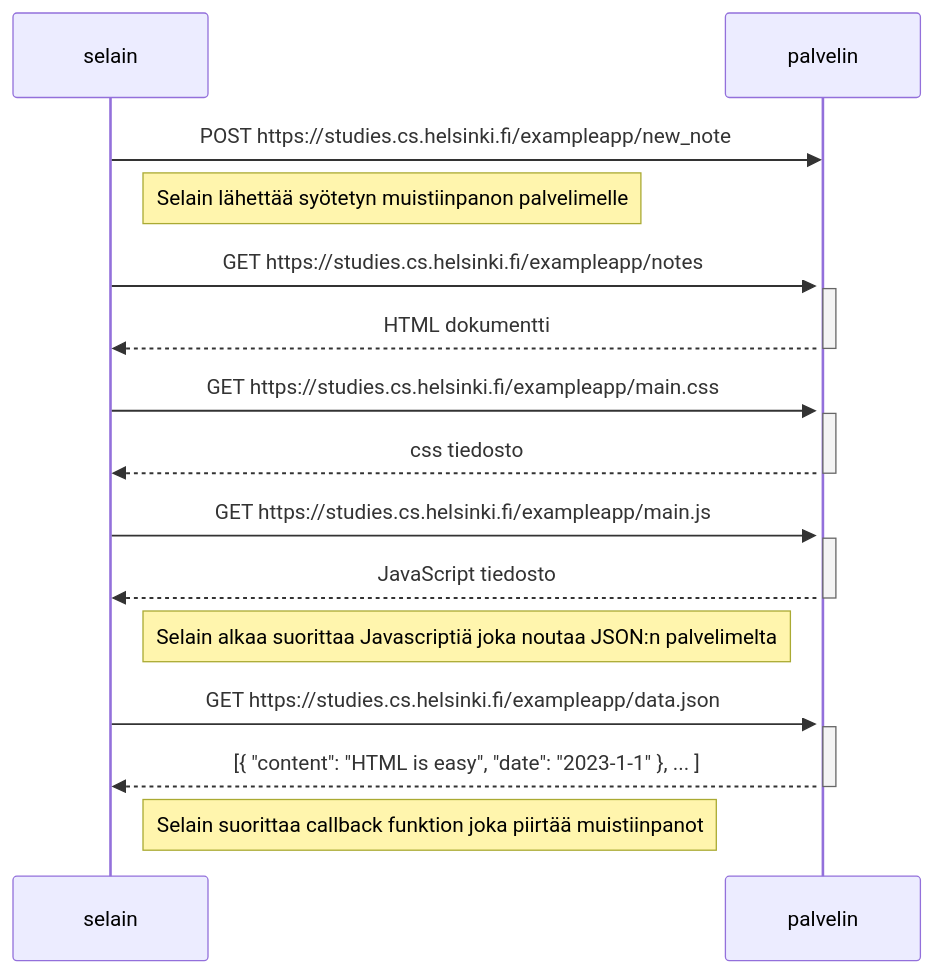
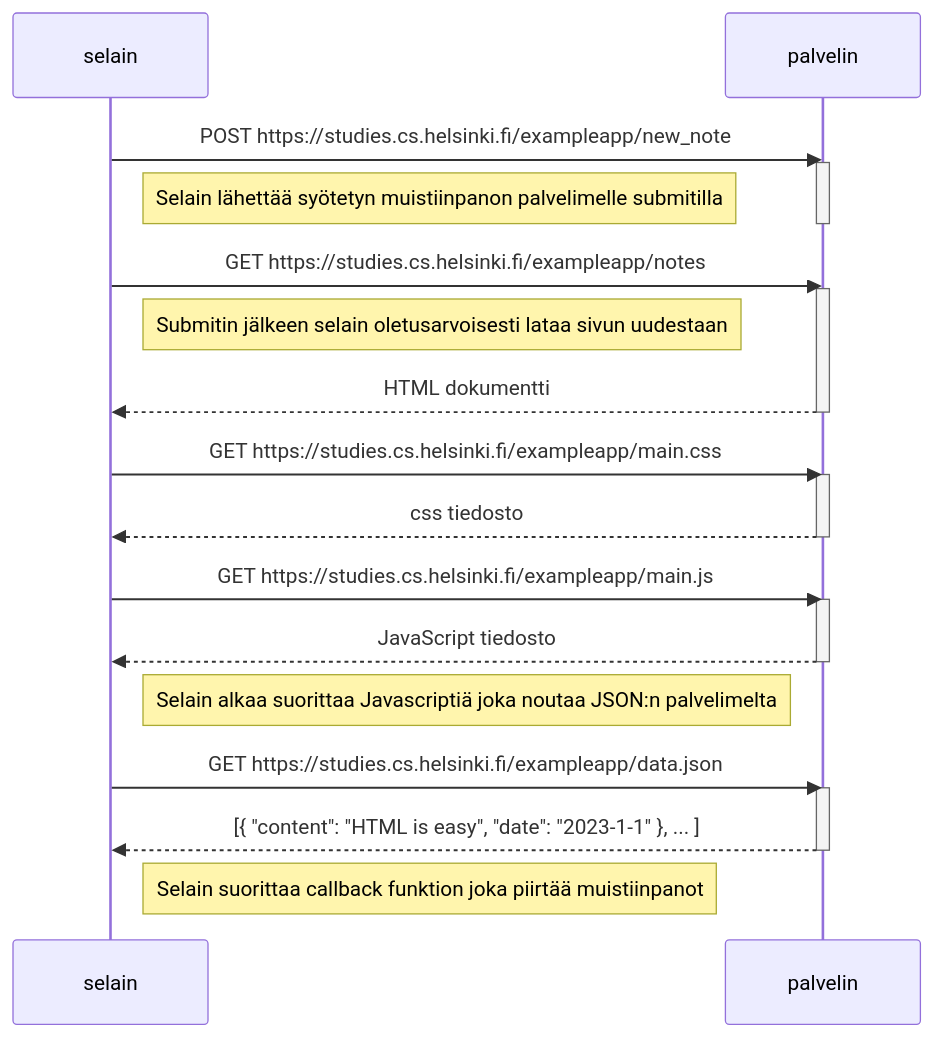
The diagram in fso0t1.md (tuuhei8/full-stack-open), drawn with Mermaid before and after one commit.

````diff
--- a/fso0t1.md
+++ b/fso0t1.md
@@ -1,34 +1,39 @@
 ```mermaid
 sequenceDiagram
     participant selain
     participant palvelin
 
     selain->>palvelin: POST https://studies.cs.helsinki.fi/exampleapp/new_note
     activate palvelin
 
-    Note right of selain: Selain lähettää syötetyn muistiinpanon palvelimelle
+    Note right of selain: Selain lähettää syötetyn muistiinpanon palvelimelle submitilla
+
+    deactivate palvelin
     
     selain->>palvelin: GET https://studies.cs.helsinki.fi/exampleapp/notes
     activate palvelin
+
+    Note right of selain: Submitin jälkeen selain oletusarvoisesti lataa sivun uudestaan
+
     palvelin-->>selain: HTML dokumentti
     deactivate palvelin
     
     selain->>palvelin: GET https://studies.cs.helsinki.fi/exampleapp/main.css
     activate palvelin
     palvelin-->>selain: css tiedosto
     deactivate palvelin
     
     selain->>palvelin: GET https://studies.cs.helsinki.fi/exampleapp/main.js
     activate palvelin
     palvelin-->>selain: JavaScript tiedosto
     deactivate palvelin
     
     Note right of selain: Selain alkaa suorittaa Javascriptiä joka noutaa JSON:n palvelimelta
     
     selain->>palvelin: GET https://studies.cs.helsinki.fi/exampleapp/data.json
     activate palvelin
     palvelin-->>selain: [{ "content": "HTML is easy", "date": "2023-1-1" }, ... ]
     deactivate palvelin 
 
     Note right of selain: Selain suorittaa callback funktion joka piirtää muistiinpanot 
 ```
````
